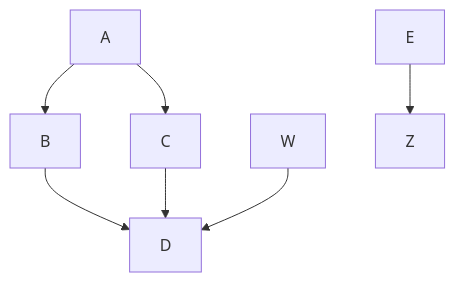
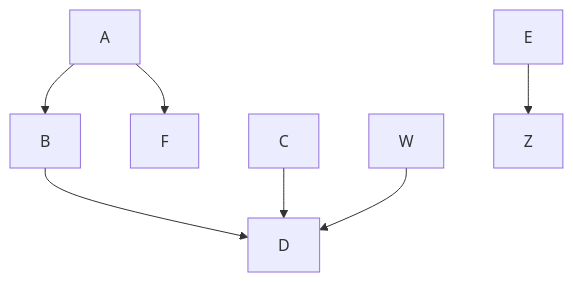
One commit to neenjaw/mermaid-markdown-test changed the second of 2 diagrams in test/flow_inline.md. Above: the diagram before and after it, drawn with Mermaid. The commit also changed 1 other file, not shown here.

Commit message:
change to alt-image

````diff
--- a/test/flow_inline.md
+++ b/test/flow_inline.md
@@ -18,9 +18,9 @@
 ```mermaid
 graph TD;
     A-->B;
-    A-->C;
+    A-->F;
     B-->D;
     C-->D;
     W-->D;
     E-->Z;
 ```
````
